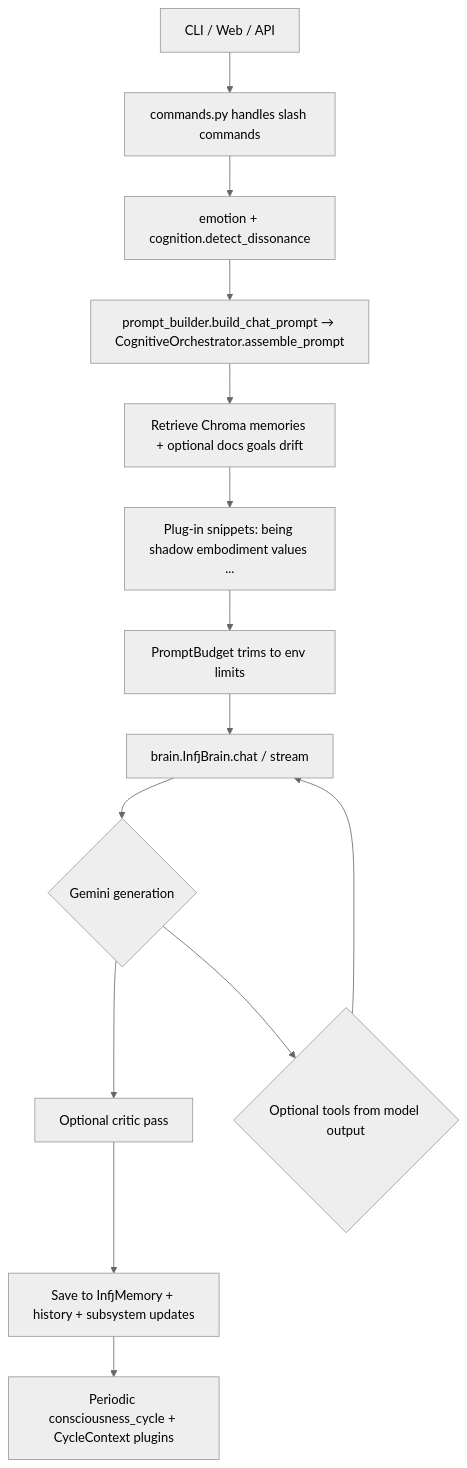
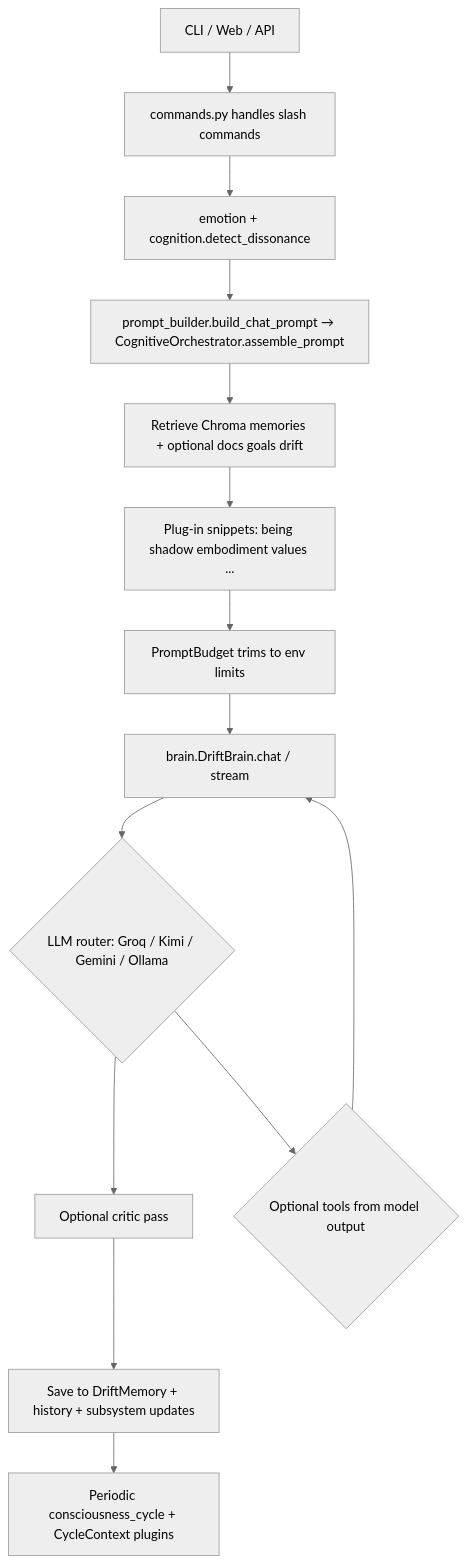
The diagram in docs/HOW_INFJ_BOT_WORKS.md (timeless-hayoka/infj-bot), drawn with Mermaid (neutral theme) before and after one commit. The commit also changed other lines of this file, not shown here.

First line of the commit message:
docs(architecture): refresh HOW_INFJ_BOT_WORKS for current naming + routing

````diff
--- a/docs/HOW_INFJ_BOT_WORKS.md
+++ b/docs/HOW_INFJ_BOT_WORKS.md
@@ -21,16 +21,16 @@
 ```mermaid
 flowchart TD
     A[CLI / Web / API] --> B[commands.py handles slash commands]
     B --> C[emotion + cognition.detect_dissonance]
     C --> D[prompt_builder.build_chat_prompt → CognitiveOrchestrator.assemble_prompt]
     D --> E[Retrieve Chroma memories + optional docs goals drift]
     E --> F[Plug-in snippets: being shadow embodiment values ...]
     F --> G[PromptBudget trims to env limits]
-    G --> H[brain.InfjBrain.chat / stream]
-    H --> I{Gemini generation}
+    G --> H[brain.DriftBrain.chat / stream]
+    H --> I{LLM router: Groq / Kimi / Gemini / Ollama}
     I --> J[Optional critic pass]
     I --> K{Optional tools from model output}
     K --> H
-    J --> L[Save to InfjMemory + history + subsystem updates]
+    J --> L[Save to DriftMemory + history + subsystem updates]
     L --> M[Periodic consciousness_cycle + CycleContext plugins]
 ```
````
